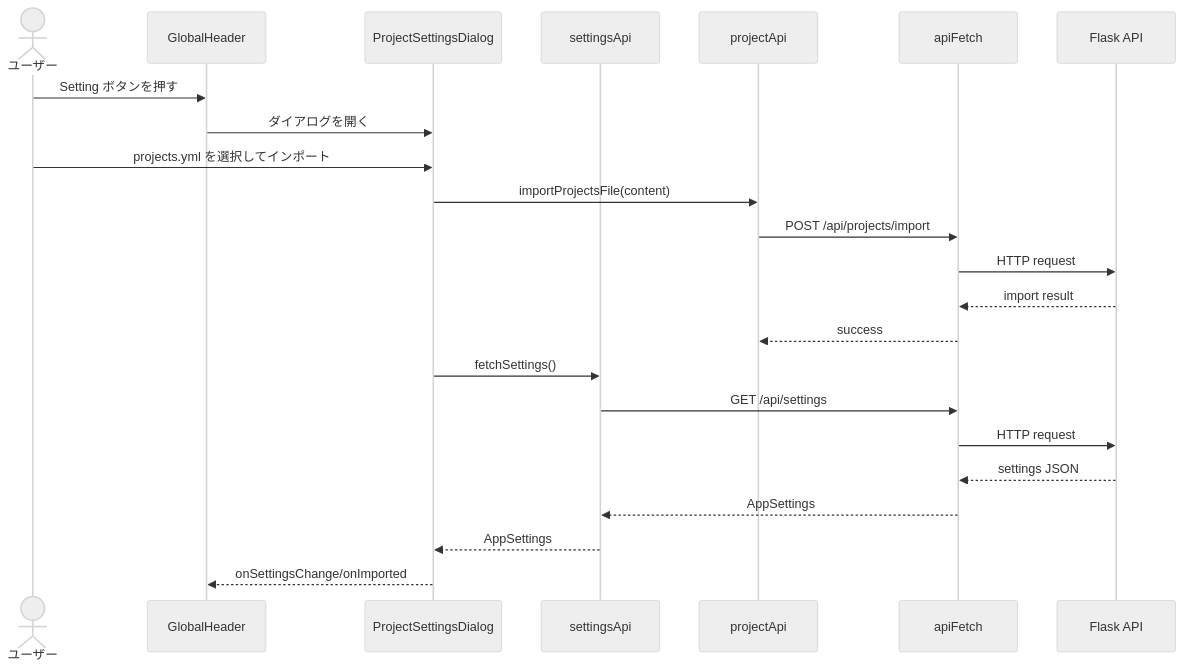
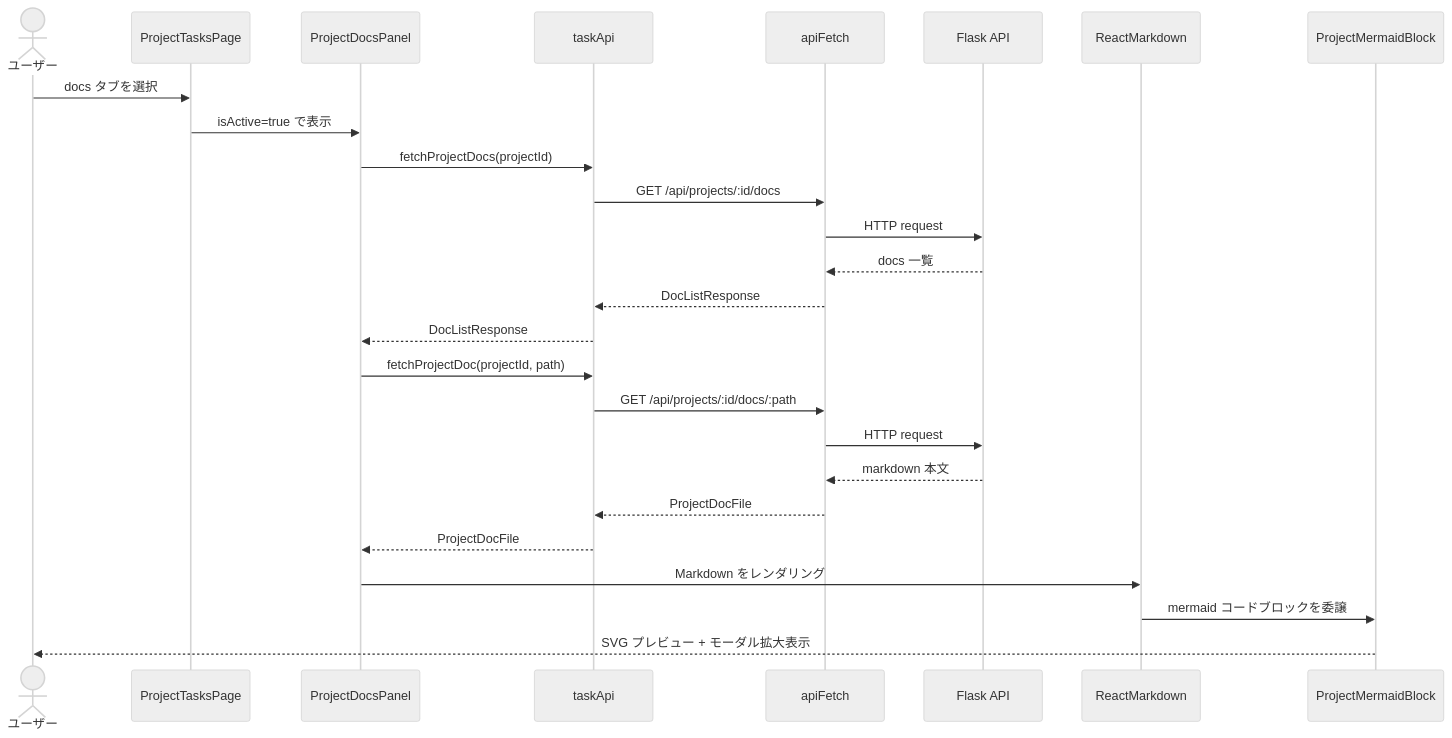
Before and after one commit to sunb256/vibe-task: the third of 3 diagrams in docs/frontend.md, drawn with Mermaid (neutral theme). The commit also changed other lines of this file and 7 other files, not shown here.

````diff
--- a/docs/frontend.md
+++ b/docs/frontend.md
@@ -104,26 +120,32 @@
 ```mermaid
 sequenceDiagram
-  actor User as ユーザー
-  participant Header as GlobalHeader
-  participant Dialog as ProjectSettingsDialog
-  participant SettingsApi as settingsApi
-  participant ProjectApi as projectApi
-  participant Api as apiFetch
-  participant Backend as Flask API
+    actor User as ユーザー
+    participant Page as ProjectTasksPage
+    participant Docs as ProjectDocsPanel
+    participant TaskApi as taskApi
+    participant Api as apiFetch
+    participant Backend as Flask API
+    participant Md as ReactMarkdown
+    participant Mermaid as ProjectMermaidBlock
 
-  User->>Header: Setting ボタンを押す
-  Header->>Dialog: ダイアログを開く
-  User->>Dialog: projects.yml を選択してインポート
-  Dialog->>ProjectApi: importProjectsFile(content)
-  ProjectApi->>Api: POST /api/projects/import
-  Api->>Backend: HTTP request
-  Backend-->>Api: import result
-  Api-->>ProjectApi: success
-  Dialog->>SettingsApi: fetchSettings()
-  SettingsApi->>Api: GET /api/settings
-  Api->>Backend: HTTP request
-  Backend-->>Api: settings JSON
-  Api-->>SettingsApi: AppSettings
-  SettingsApi-->>Dialog: AppSettings
-  Dialog-->>Header: onSettingsChange/onImported
+    User->>Page: docs タブを選択
+    Page->>Docs: isActive=true で表示
+
+    Docs->>TaskApi: fetchProjectDocs(projectId)
+    TaskApi->>Api: GET /api/projects/:id/docs
+    Api->>Backend: HTTP request
+    Backend-->>Api: docs 一覧
+    Api-->>TaskApi: DocListResponse
+    TaskApi-->>Docs: DocListResponse
+
+    Docs->>TaskApi: fetchProjectDoc(projectId, path)
+    TaskApi->>Api: GET /api/projects/:id/docs/:path
+    Api->>Backend: HTTP request
+    Backend-->>Api: markdown 本文
+    Api-->>TaskApi: ProjectDocFile
+    TaskApi-->>Docs: ProjectDocFile
+
+    Docs->>Md: Markdown をレンダリング
+    Md->>Mermaid: mermaid コードブロックを委譲
+    Mermaid-->>User: SVG プレビュー + モーダル拡大表示
 ```
````
